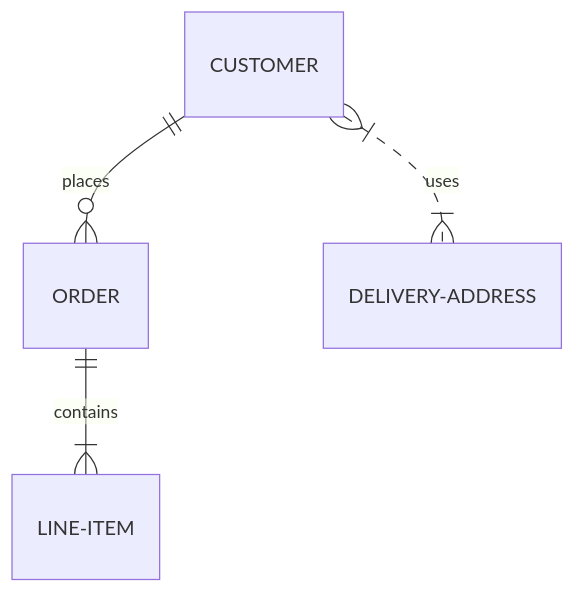
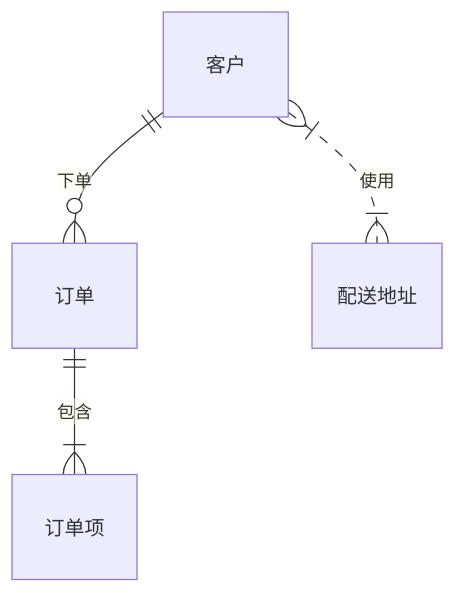
One commit to lx521603/ob changed the fifth of 11 diagrams in src/content/posts/mermaid-diagrams.md. Above: the diagram before and after it, drawn with Mermaid. The commit also changed other lines of this file, not shown here.

Commit message:
更新 mermaid-diagrams.md

````diff
--- a/src/content/posts/mermaid-diagrams.md
+++ b/src/content/posts/mermaid-diagrams.md
@@ -84,6 +88,6 @@
 ```mermaid
 erDiagram
-    CUSTOMER ||--o{ ORDER : places
-    ORDER ||--|{ LINE-ITEM : contains
-    CUSTOMER }|..|{ DELIVERY-ADDRESS : uses
+    客户 ||--o{ 订单 : 下单
+    订单 ||--|{ 订单项 : 包含
+    客户 }|..|{ 配送地址 : 使用
 ```
````
